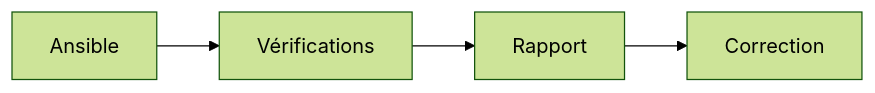
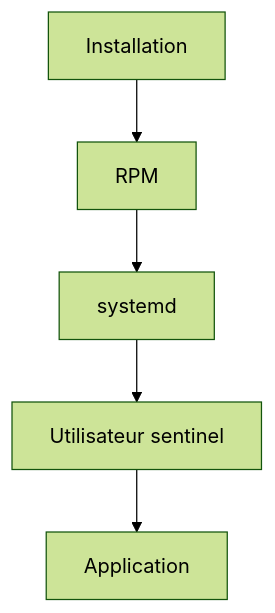
One commit to tdelaclos/formations changed diagram 19 of 20 in campagne 1/1.8.md. Above: the diagram before and after it, drawn with Mermaid (forest theme). The commit also changed other lines of this file, not shown here.

````diff
--- a/campagne 1/1.8.md
+++ b/campagne 1/1.8.md
@@ -587,15 +824,18 @@
 ```mermaid
-flowchart LR
+flowchart TD
 
-A["Ansible"]
+A["Installation"]
 
-B["Vérifications"]
+B["RPM"]
 
-C["Rapport"]
+C["systemd"]
 
-D["Correction"]
+D["Utilisateur sentinel"]
+
+E["Application"]
 
 A --> B
 B --> C
 C --> D
+D --> E
 ```
````
